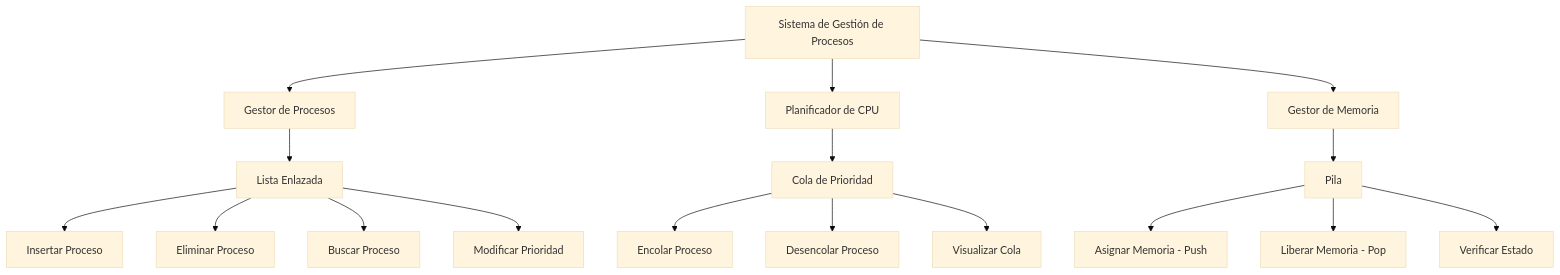
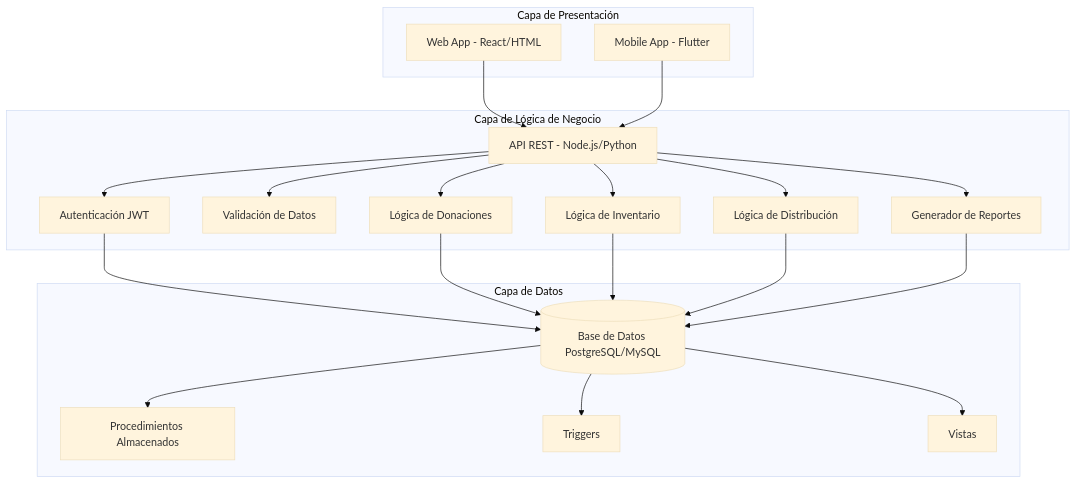
One commit to 71695730-rgb/grupo5 changed the seventh of 10 diagrams in Diagramas.md. Above: the diagram before and after it, drawn with Mermaid (base theme). The commit also changed other lines of this file, not shown here.

````diff
--- a/Diagramas.md
+++ b/Diagramas.md
@@ -7,19 +341,41 @@
 ```mermaid
-graph TD
-    A[Sistema de Gestión de Procesos] --> B[Gestor de Procesos]
-    A --> C[Planificador de CPU]
-    A --> D[Gestor de Memoria]
-    B --> B1[Lista Enlazada]
-    B1 --> B2[Insertar Proceso]
-    B1 --> B3[Eliminar Proceso]
-    B1 --> B4[Buscar Proceso]
-    B1 --> B5[Modificar Prioridad]
-    C --> C1[Cola de Prioridad]
-    C1 --> C2[Encolar Proceso]
-    C1 --> C3[Desencolar Proceso]
-    C1 --> C4[Visualizar Cola]
-    D --> D1[Pila]
-    D1 --> D2[Asignar Memoria - Push]
-    D1 --> D3[Liberar Memoria - Pop]
-    D1 --> D4[Verificar Estado]
+graph TB
+    subgraph "Capa de Presentación"
+        A[Web App - React/HTML]
+        B[Mobile App - Flutter]
+    end
+    
+    subgraph "Capa de Lógica de Negocio"
+        C[API REST - Node.js/Python]
+        D[Autenticación JWT]
+        E[Validación de Datos]
+        F[Lógica de Donaciones]
+        G[Lógica de Inventario]
+        H[Lógica de Distribución]
+        I[Generador de Reportes]
+    end
+    
+    subgraph "Capa de Datos"
+        J[(Base de Datos PostgreSQL/MySQL)]
+        K[Procedimientos Almacenados]
+        L[Triggers]
+        M[Vistas]
+    end
+    
+    A --> C
+    B --> C
+    C --> D
+    C --> E
+    C --> F
+    C --> G
+    C --> H
+    C --> I
+    D --> J
+    F --> J
+    G --> J
+    H --> J
+    I --> J
+    J --> K
+    J --> L
+    J --> M
 ```
````
